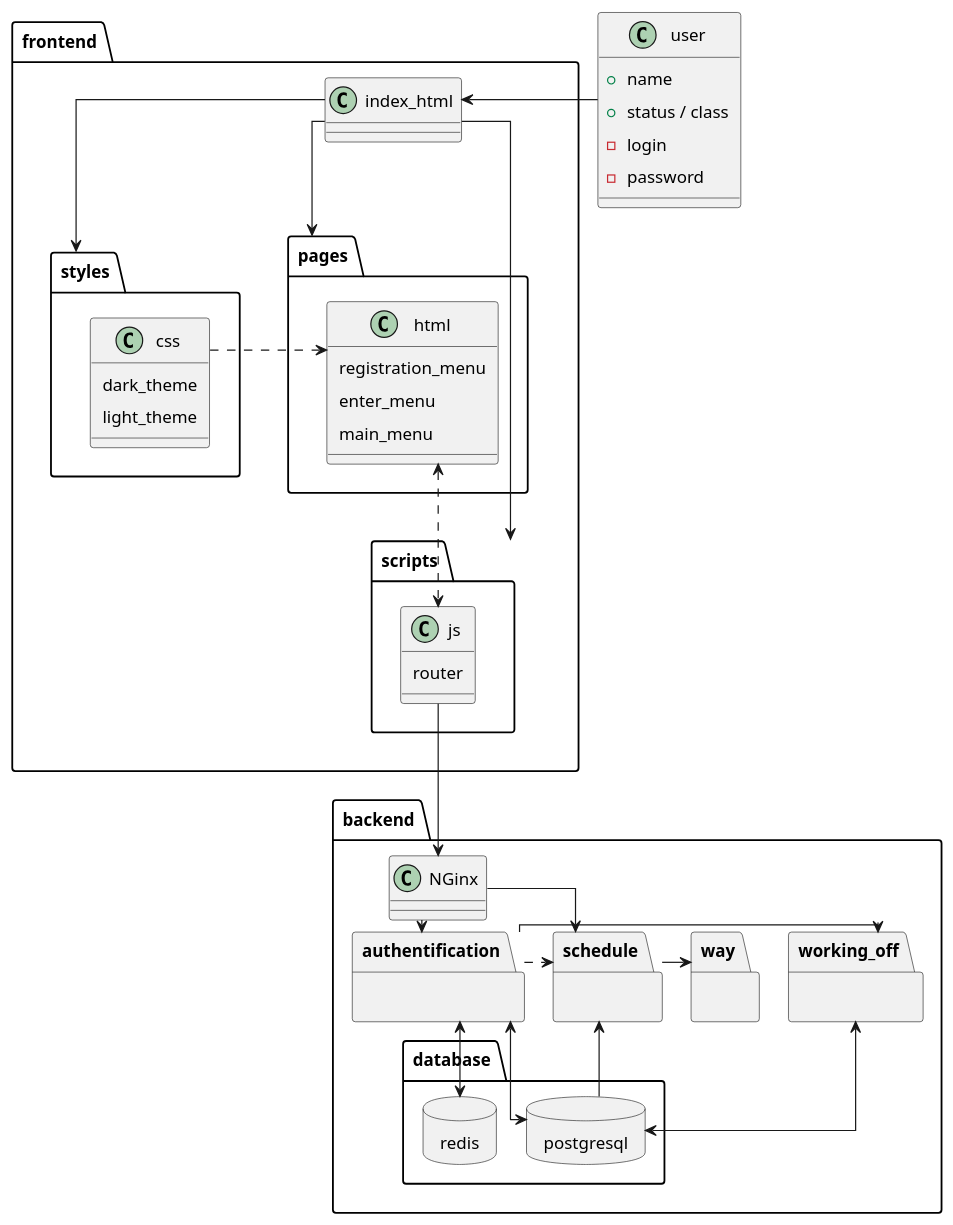
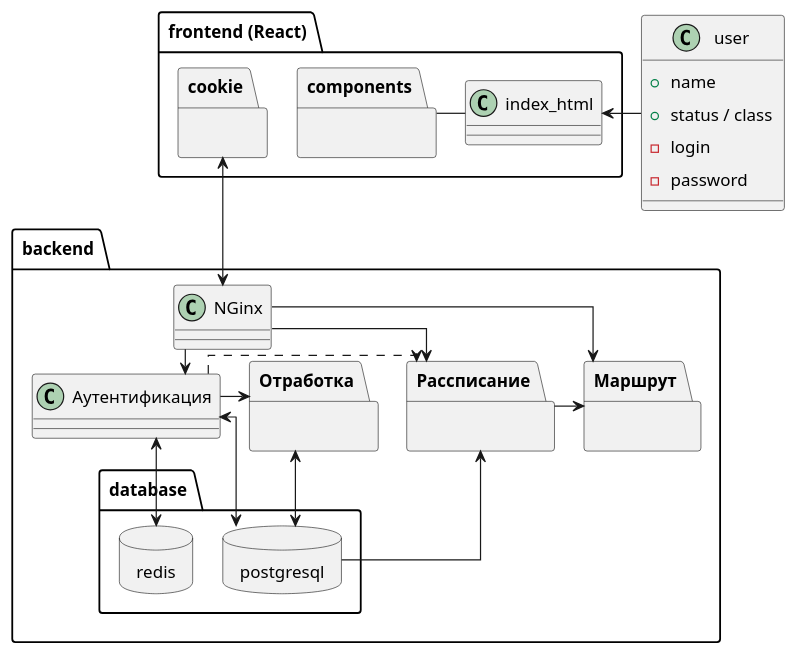
One commit to SkotnikovViktor/NNGASU_Services_Project changed the diagram in scheme.puml. Above: the diagram before and after it, drawn with PlantUML.

```diff
--- a/scheme.puml
+++ b/scheme.puml
@@ -1,96 +1,78 @@
 @startuml
 skinparam linetype ortho
 allowmixing
 
 skinparam nodesep 24
 skinparam ranksep 10
 skinparam padding 4
 
 class user {
 + name
 + status / class
 - login
 - password
 }
 
 ' === BACKEND ===
 package backend <<Folder>> {
   class NGinx {}
 
-  package authentification {}
-  package way {}
-  package schedule {}
-  package working_off {}
+  class "Аутентификация" as authentification {}
+
+  package "Маршрут" as way {}
+  package "Рассписание" as schedule {}
+  package "Отработка" as working_off {}
 
   package database {
     database postgresql {
     }
 
     database redis {
     }
   }
 }
 
 ' === FRONTEND ===
-package frontend <<Folder>> {
- package pages {
-  class html {
-    registration_menu
-    enter_menu
-    main_menu
-  }
+package "frontend (React)" as frontend <<Folder>> {
+ package components {
  }
 
- package styles {
-  class css {
-    dark_theme
-    light_theme
-  }
- }
-
- package scripts {
-  class js {
-    router
-  }
+ package cookie {
  }
 
  class index_html {}
 }
 
 ' === DEPENDENCIES ===
 user -left--> index_html
 
-index_html --> pages
-index_html --> styles
-index_html --> scripts
+components -right- index_html
 
-css -right..> html
-html <..> js
 
-js --> NGinx
+cookie <--> NGinx
 
 NGinx --> authentification
 NGinx --> schedule
+NGinx --> way
 
 schedule <-- postgresql
 working_off <--> postgresql
 authentification <--> postgresql
 authentification <--> redis
 
-authentification --> working_off
-authentification ..> schedule
-schedule --> way
+authentification -right--> working_off
+authentification -right..> schedule
+schedule -right--> way
+
 
 ' === HIDDEN ===
+components -[hidden]left- cookie
+
 redis -[hidden]right- postgresql
-
-pages -[hidden]left- styles
 
 NGinx -[hidden]- authentification
 
-working_off -[hidden]right- authentification
-authentification -[hidden]right- schedule
-schedule -[hidden]right- way
+working_off -[hidden]right- schedule
 
 ' === NOTES ===
 @enduml
```
